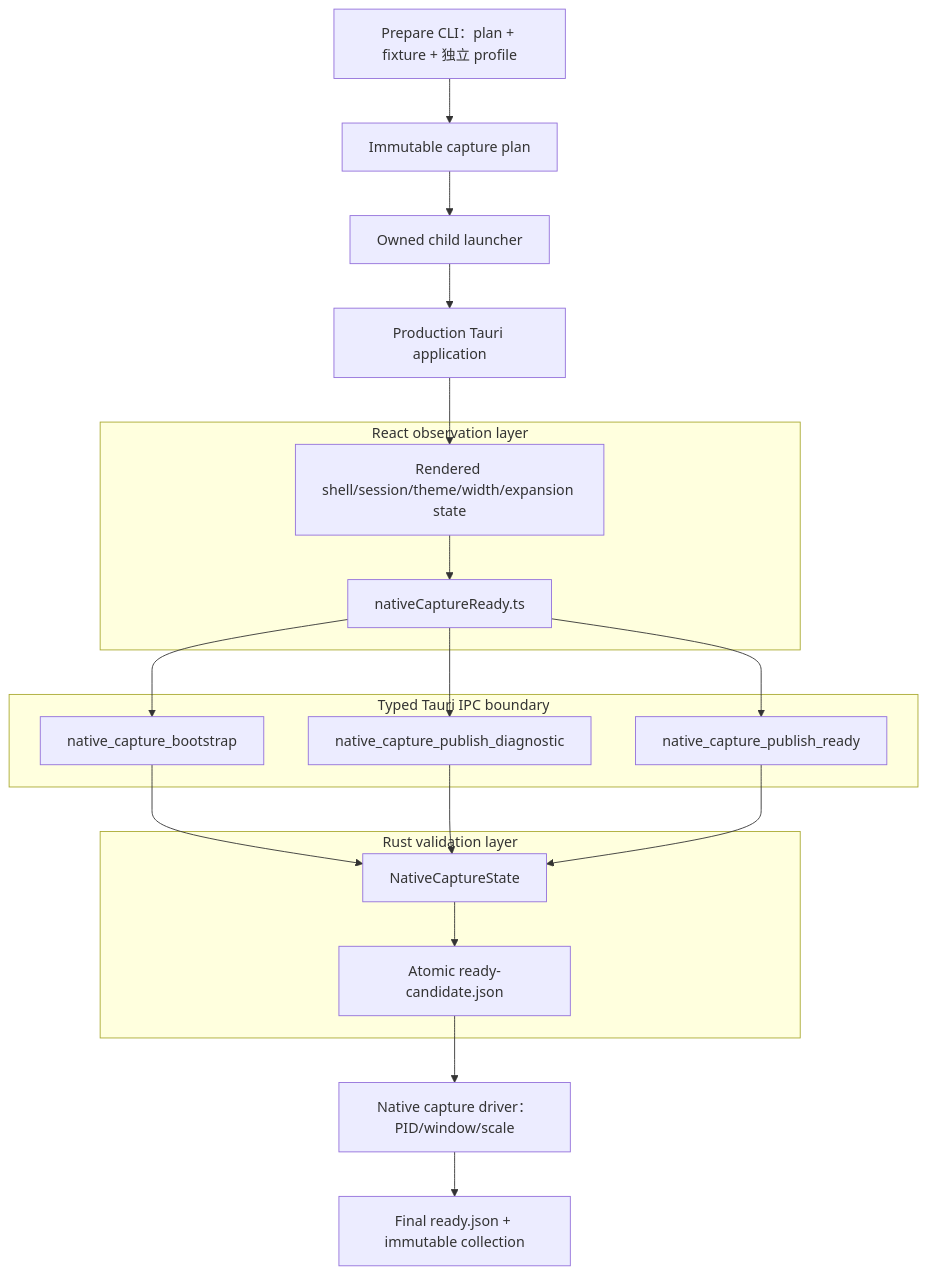
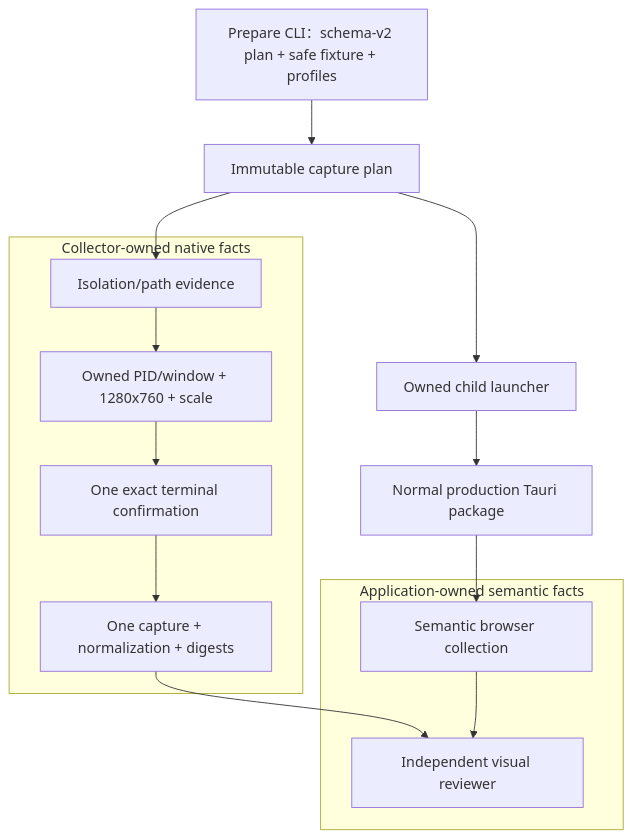
One commit to ignacioli/excalidraw-desktop changed the sixth of 7 diagrams in docs/architecture.zh.md. Above: the diagram before and after it, drawn with Mermaid. The commit also changed other lines of this file and 21 other files, not shown here.

Commit message:
Simplify native capture harness

````diff
--- a/docs/architecture.zh.md
+++ b/docs/architecture.zh.md
@@ -256,23 +256,20 @@
 ```mermaid
 flowchart TB
-  Prepare["Prepare CLI：plan + fixture + 独立 profile"] --> Plan["Immutable capture plan"]
+  Prepare["Prepare CLI：schema-v2 plan + safe fixture + profiles"] --> Plan["Immutable capture plan"]
   Plan --> Launcher["Owned child launcher"]
-  Launcher --> App["Production Tauri application"]
-  subgraph Frontend["React observation layer"]
-    Shell["Rendered shell/session/theme/width/expansion state"] --> Probe["nativeCaptureReady.ts"]
+  Launcher --> App["Normal production Tauri package"]
+  subgraph Collector["Collector-owned native facts"]
+    Isolation["Isolation/path evidence"]
+    Window["Owned PID/window + 1280x760 + scale"]
+    Confirm["One exact terminal confirmation"]
+    Capture["One capture + normalization + digests"]
   end
-  subgraph Boundary["Typed Tauri IPC boundary"]
-    Bootstrap["native_capture_bootstrap"]
-    Diagnostic["native_capture_publish_diagnostic"]
-    Publish["native_capture_publish_ready"]
+  subgraph AppEvidence["Application-owned semantic facts"]
+    Browser["Semantic browser collection"]
+    Reviewer["Independent visual reviewer"]
   end
-  subgraph Backend["Rust validation layer"]
-    State["NativeCaptureState"] --> Candidate["Atomic ready-candidate.json"]
-  end
-  App --> Shell
-  Probe --> Bootstrap --> State
-  Probe --> Diagnostic --> State
-  Probe --> Publish --> State
-  Candidate --> Driver["Native capture driver：PID/window/scale"]
-  Driver --> Ready["Final ready.json + immutable collection"]
+  App --> Browser
+  Plan --> Isolation --> Window --> Confirm --> Capture
+  Capture --> Reviewer
+  Browser --> Reviewer
 ```
````
